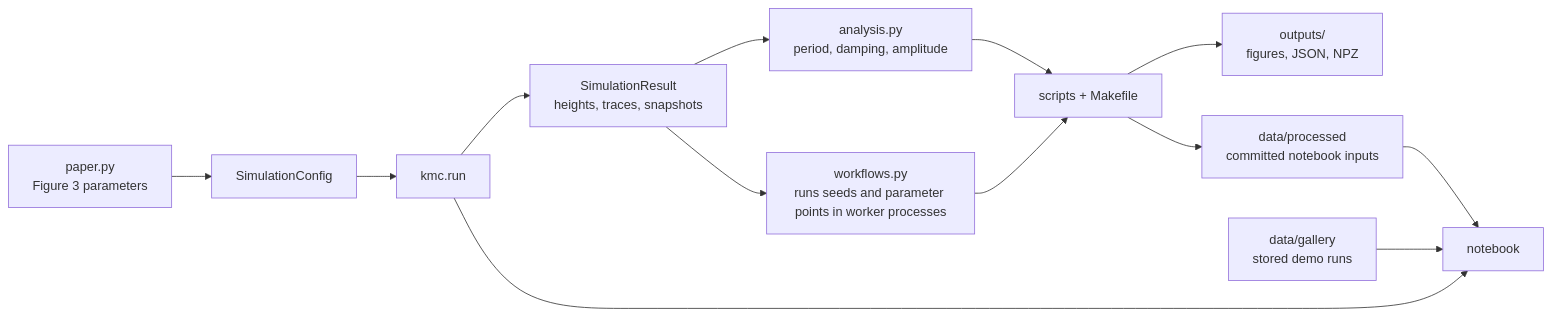
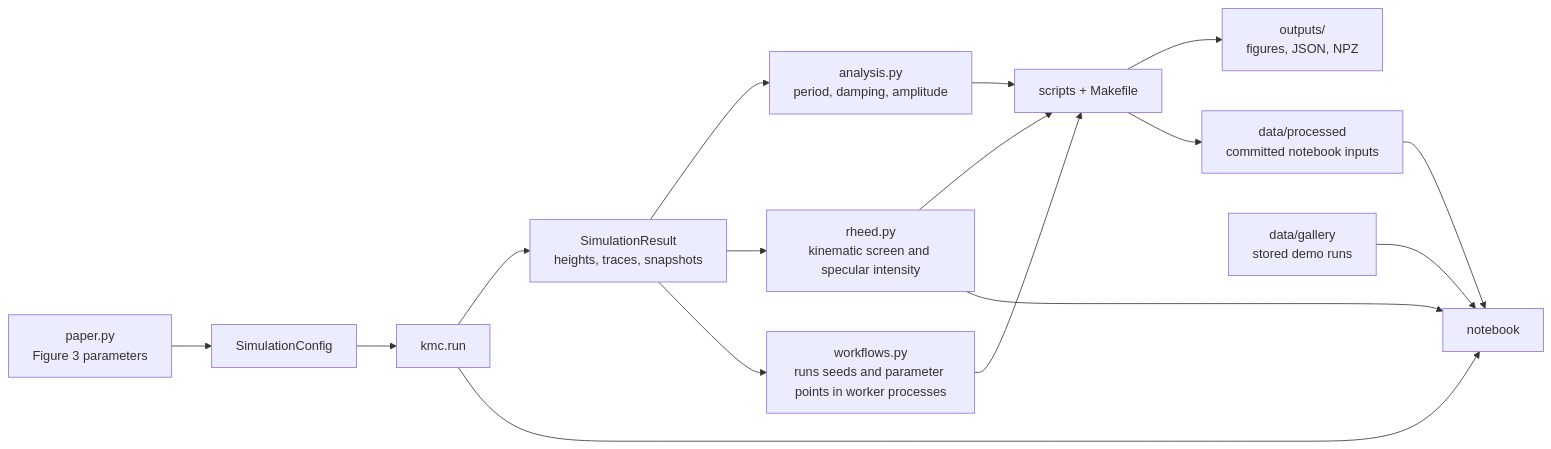
One commit to DanE4/SCIQIS-MBE-RHEED-project changed the second of 2 diagrams in README.md. Above: the diagram before and after it, drawn with Mermaid. The commit also changed other lines of this file and 1 other file, not shown here.

First line of the commit message:
docs: describe the kinematic diffraction screen beside the proxy

````diff
--- a/README.md
+++ b/README.md
@@ -155,15 +172,18 @@
 ```mermaid
 flowchart LR
     C["SimulationConfig"] --> K["kmc.run"]
     P["paper.py<br>Figure 3 parameters"] --> C
     K --> R["SimulationResult<br>heights, traces, snapshots"]
     R --> A["analysis.py<br>period, damping, amplitude"]
+    R --> H["rheed.py<br>kinematic screen and specular intensity"]
     R --> W["workflows.py<br>runs seeds and parameter points in worker processes"]
     A --> S
+    H --> S
     W --> S["scripts + Makefile"]
     S --> O["outputs/<br>figures, JSON, NPZ"]
     S --> D["data/processed<br>committed notebook inputs"]
     D --> N["notebook"]
     G["data/gallery<br>stored demo runs"] --> N
     K --> N
+    H --> N
 ```
````
